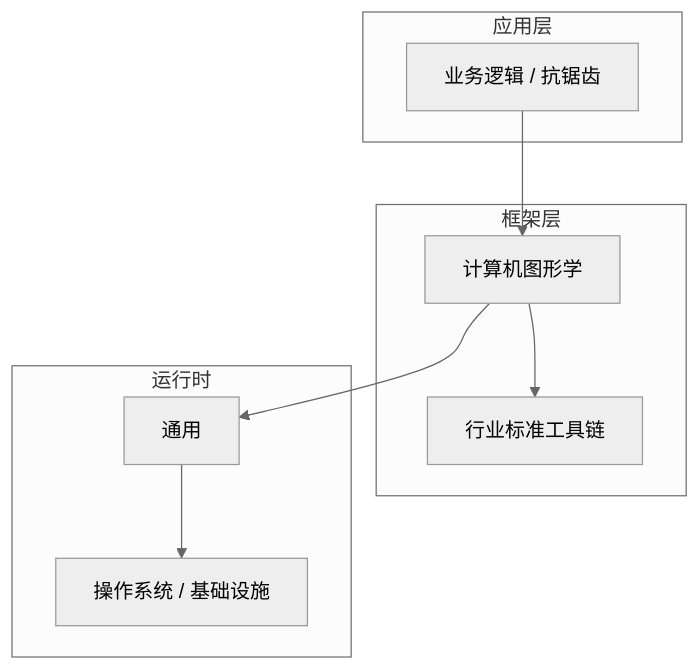
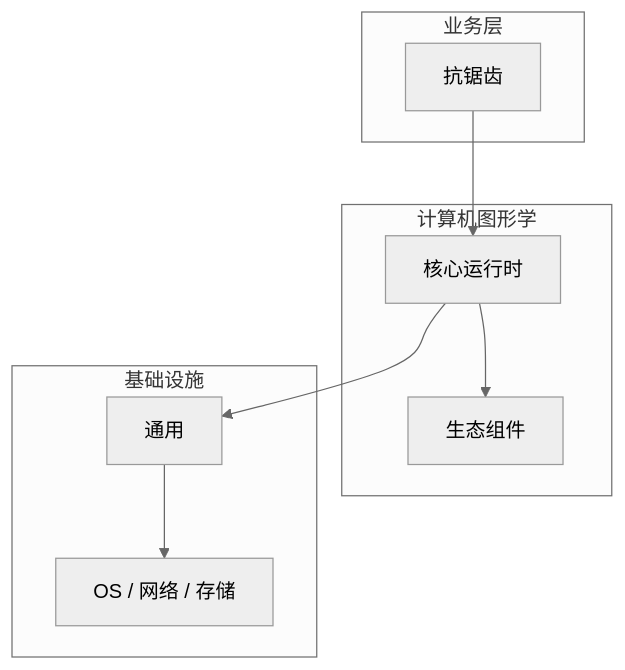
The diagram in articles/计算机图形学/chapters/046-抗锯齿核心概念与原理.md (yanggan2015/knowledge-json-v2), drawn with Mermaid (neutral theme) before and after one commit. The commit also changed other lines of this file and 10127 other files, not shown here.

````diff
--- a/articles/计算机图形学/chapters/046-抗锯齿核心概念与原理.md
+++ b/articles/计算机图形学/chapters/046-抗锯齿核心概念与原理.md
@@ -45,18 +30,18 @@
 ```mermaid
 graph TB
-    subgraph 应用层
-        A[业务逻辑 / 抗锯齿]
+    subgraph 业务层
+        A[抗锯齿]
     end
-    subgraph 框架层
-        B[计算机图形学]
-        C[行业标准工具链]
+    subgraph 计算机图形学
+        B[核心运行时]
+        C[生态组件]
     end
-    subgraph 运行时
+    subgraph 基础设施
         D[通用]
-        E[操作系统 / 基础设施]
+        E[OS / 网络 / 存储]
     end
     A --> B
     B --> C
     B --> D
     D --> E
 ```
````
